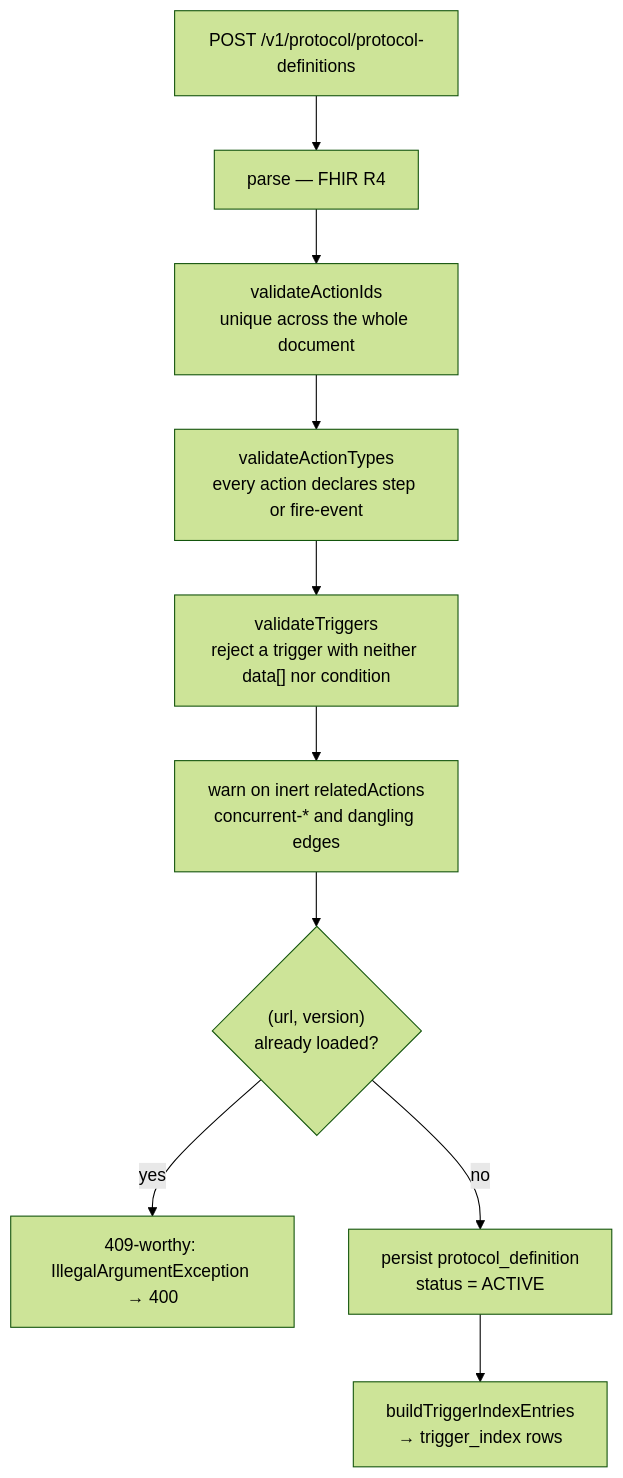
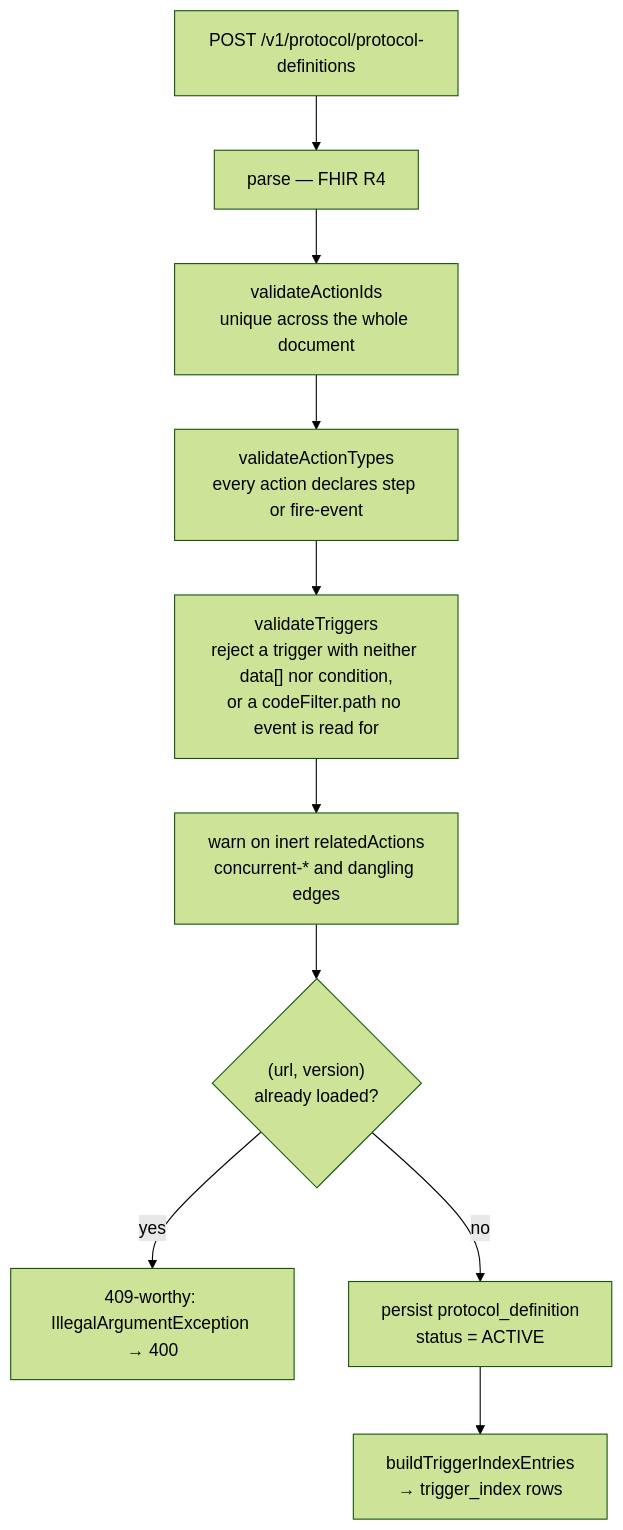
Before and after one commit to Jayaprakash8887/cce-protocol-service: the diagram in docs/architecture-overview.md, drawn with Mermaid (forest theme). The commit also changed other lines of this file, not shown here.

Commit message:
Document the codeFilter.path rejection in the load pipeline
The load pipeline now refuses a definition whose codeFilter.path is not one the
Matcher Service reads. Sits beside the unknown-resource-type rejection in the
table, being the same failure a level down: an index row nothing can match, except
that this one takes the action's whole trigger with it.

````diff
--- a/docs/architecture-overview.md
+++ b/docs/architecture-overview.md
@@ -42,12 +42,12 @@
 ```mermaid
 flowchart TD
     A["POST /v1/protocol/protocol-definitions"] --> B["parse — FHIR R4"]
     B --> C["validateActionIds<br/>unique across the whole document"]
     C --> D["validateActionTypes<br/>every action declares step or fire-event"]
-    D --> E["validateTriggers<br/>reject a trigger with neither data[] nor condition"]
+    D --> E["validateTriggers<br/>reject a trigger with neither data[] nor condition,<br/>or a codeFilter.path no event is read for"]
     E --> F["warn on inert relatedActions<br/>concurrent-* and dangling edges"]
     F --> G{"(url, version)<br/>already loaded?"}
     G -->|yes| H["409-worthy: IllegalArgumentException → 400"]
     G -->|no| I["persist protocol_definition<br/>status = ACTIVE"]
     I --> J["buildTriggerIndexEntries<br/>→ trigger_index rows"]
 ```
````
